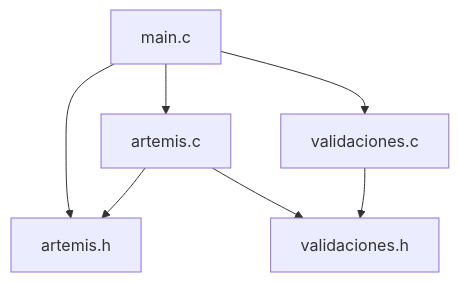
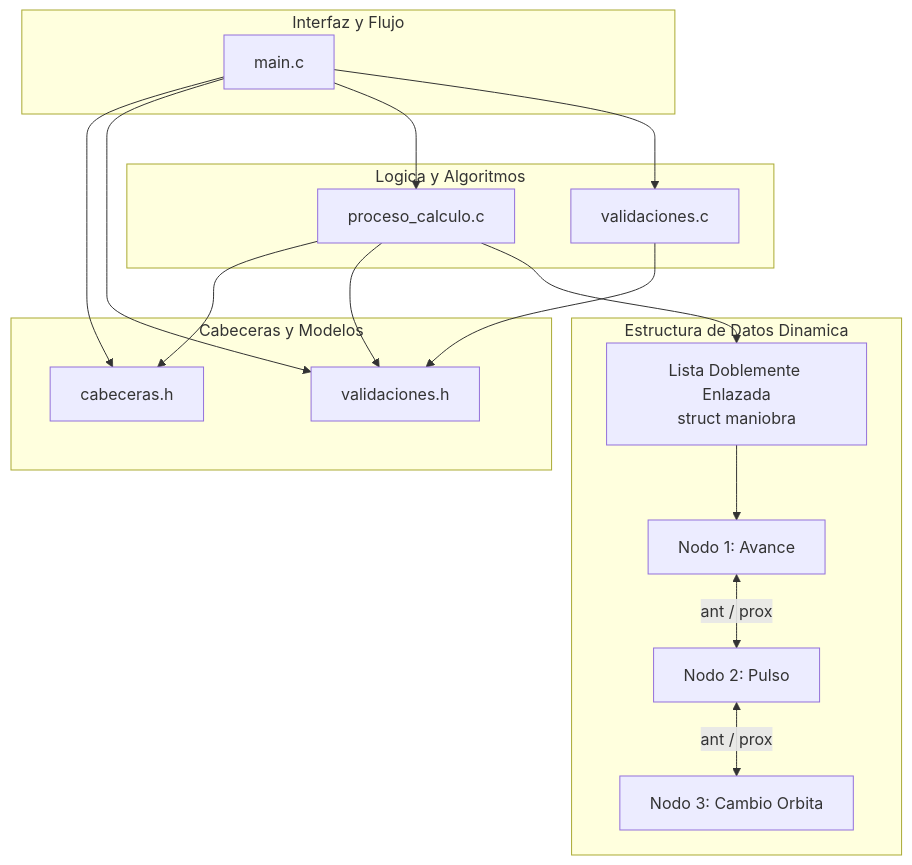
Before and after one commit to Adan4321/laboratorio_c: the diagram in README.md, drawn with Mermaid. The commit also changed other lines of this file and 16 other files, not shown here.

Commit message:
Implementación de Lista Doblemente Enlazada y optimización de validaciones / sintaxis

````diff
--- a/README.md
+++ b/README.md
@@ -93,9 +119,35 @@
 ```mermaid
 flowchart TD
-    MAIN[main.c] --> ARTEMIS_C[artemis.c]
-    MAIN --> VALIDACIONES_C[validaciones.c]
-    MAIN --> ARTEMIS_H[artemis.h]
-    ARTEMIS_C --> ARTEMIS_H
-    ARTEMIS_C --> VALIDACIONES_H[validaciones.h]
-    VALIDACIONES_C --> VALIDACIONES_H
+    subgraph Interfaz y Flujo
+        M[main.c]
+    end
+
+    subgraph Cabeceras y Modelos
+        C[cabeceras.h]
+        VH[validaciones.h]
+    end
+
+    subgraph Logica y Algoritmos
+        PC[proceso_calculo.c]
+        VC[validaciones.c]
+    end
+
+    subgraph Estructura de Datos Dinamica
+        L[Lista Doblemente Enlazada\nstruct maniobra]
+        N1[Nodo 1: Avance]
+        N2[Nodo 2: Pulso]
+        N3[Nodo 3: Cambio Orbita]
+        L --> N1
+        N1 <-->|ant / prox| N2
+        N2 <-->|ant / prox| N3
+    end
+
+    M --> C
+    M --> VH
+    M --> PC
+    M --> VC
+    PC --> C
+    PC --> VH
+    PC --> L
+    VC --> VH
 ```
````
